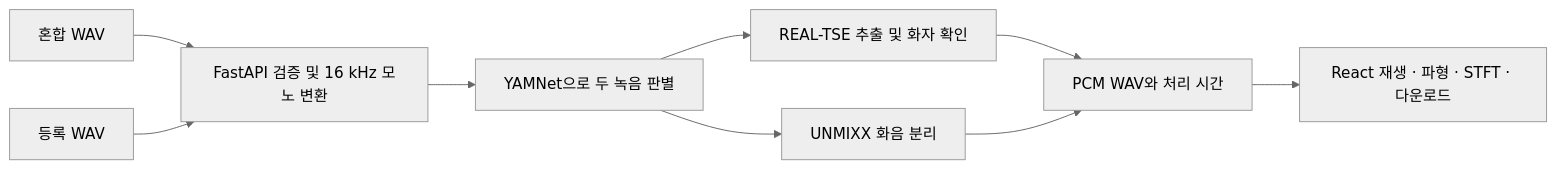
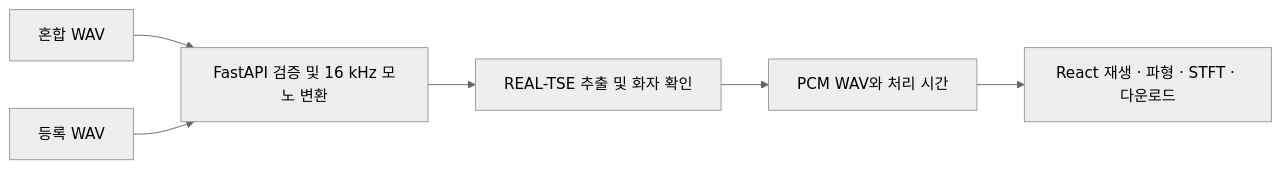
One commit to hwanghj09/VoiceFocus changed the diagram in docs/ARCHITECTURE.md. Above: the diagram before and after it, drawn with Mermaid (neutral theme). The commit also changed other lines of this file and 38 other files, not shown here.

````diff
--- a/docs/ARCHITECTURE.md
+++ b/docs/ARCHITECTURE.md
@@ -5,11 +5,8 @@
 ```mermaid
 flowchart LR
     A[혼합 WAV] --> C[FastAPI 검증 및 16 kHz 모노 변환]
     B[등록 WAV] --> C
-    C --> R[YAMNet으로 두 녹음 판별]
-    R --> D[REAL-TSE 추출 및 화자 확인]
-    R --> H[UNMIXX 화음 분리]
+    C --> D[REAL-TSE 추출 및 화자 확인]
     D --> E[PCM WAV와 처리 시간]
-    H --> E
     E --> F[React 재생 · 파형 · STFT · 다운로드]
 ```
````
